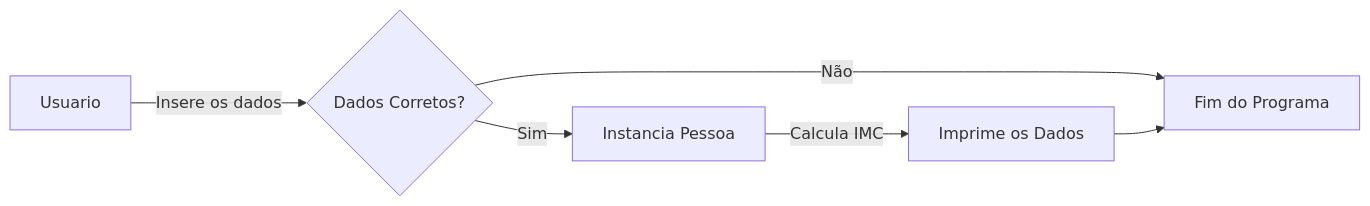
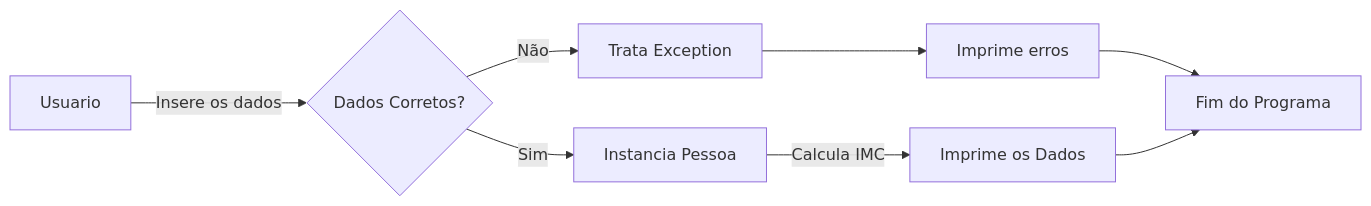
Before and after one commit to otaviotfcunha/calculadora_imc_dio: the diagram in README.md, drawn with Mermaid.

Commit message:
README: Correção do fluxograma

````diff
--- a/README.md
+++ b/README.md
@@ -17,8 +17,10 @@
 ```mermaid
 graph LR
 A[Usuario] -- Insere os dados --> B{Dados Corretos?}
 B -- Sim --> C[Instancia Pessoa]
-B -- Não --> E[Fim do Programa]
+B -- Não --> E[Trata Exception]
+E --> F[Imprime erros]
+F --> G
 C -- Calcula IMC --> D[Imprime os Dados]
-D --> E
+D --> G[Fim do Programa]
 ```
````
